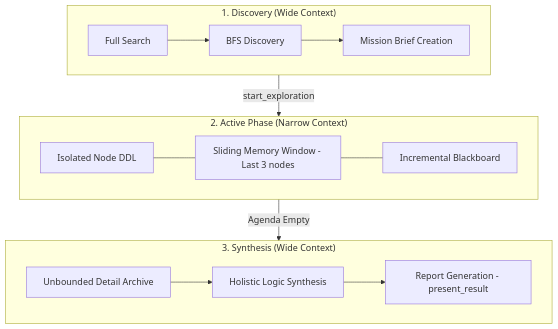
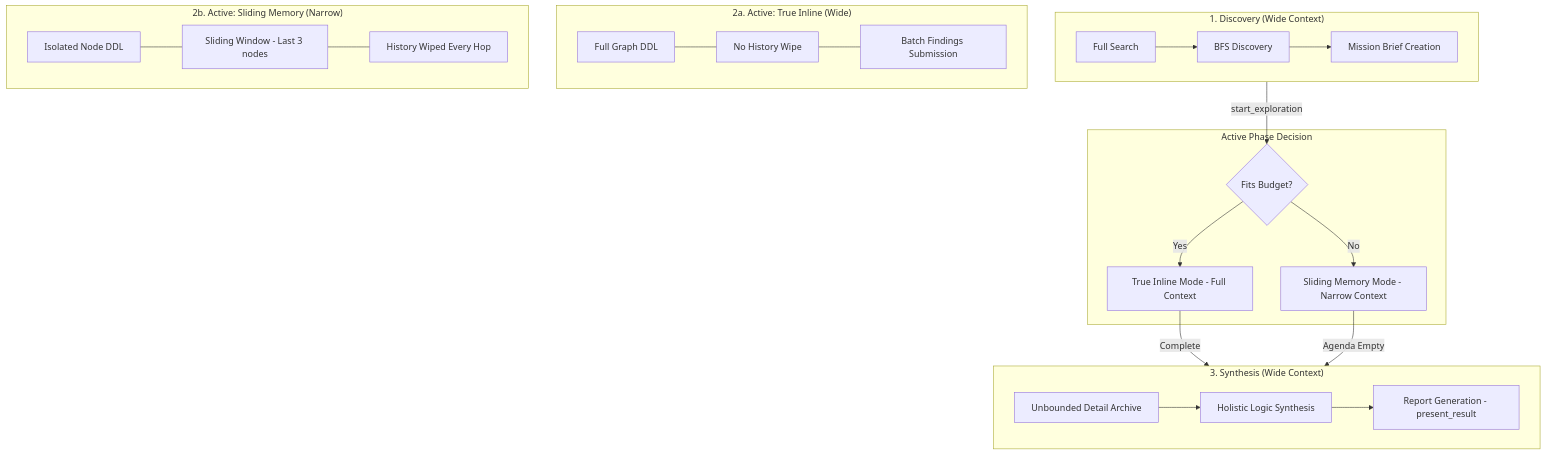
Before and after one commit to ChrisDevRepo/vscode_data_lineage: the diagram in docs-internal/HOURGLASS_FLOW.md, drawn with Mermaid. The commit also changed other lines of this file and 11 other files, not shown here.

First line of the commit message:
feat(ai): implement True Inline mode for Blackboard and simplify Column Trace to Sliding Memory

````diff
--- a/docs-internal/HOURGLASS_FLOW.md
+++ b/docs-internal/HOURGLASS_FLOW.md
@@ -6,20 +8,32 @@
 ```mermaid
 graph TD
     subgraph Discovery ["1. Discovery (Wide Context)"]
         D1[Full Search] --> D2[BFS Discovery]
         D2 --> D3[Mission Brief Creation]
     end
 
-    subgraph Active ["2. Active Phase (Narrow Context)"]
-        A1[Isolated Node DDL] --- A2[Sliding Memory Window - Last 3 nodes]
-        A2 --- A3[Incremental Blackboard]
+    subgraph Active_Choice ["Active Phase Decision"]
+        M1{Fits Budget?}
+        M1 -->|Yes| A_Inline[True Inline Mode - Full Context]
+        M1 -->|No| A_SM[Sliding Memory Mode - Narrow Context]
+    end
+
+    subgraph Active_Inline ["2a. Active: True Inline (Wide)"]
+        AI1[Full Graph DDL] --- AI2[No History Wipe]
+        AI2 --- AI3[Batch Findings Submission]
+    end
+
+    subgraph Active_SM ["2b. Active: Sliding Memory (Narrow)"]
+        AS1[Isolated Node DDL] --- AS2[Sliding Window - Last 3 nodes]
+        AS2 --- AS3[History Wiped Every Hop]
     end
 
     subgraph Synthesis ["3. Synthesis (Wide Context)"]
         S1[Unbounded Detail Archive] --> S2[Holistic Logic Synthesis]
         S2 --> S3[Report Generation - present_result]
     end
 
-    Discovery -->|start_exploration| Active
-    Active -->|Agenda Empty| Synthesis
+    Discovery -->|start_exploration| M1
+    A_Inline -->|Complete| Synthesis
+    A_SM -->|Agenda Empty| Synthesis
 ```
````
